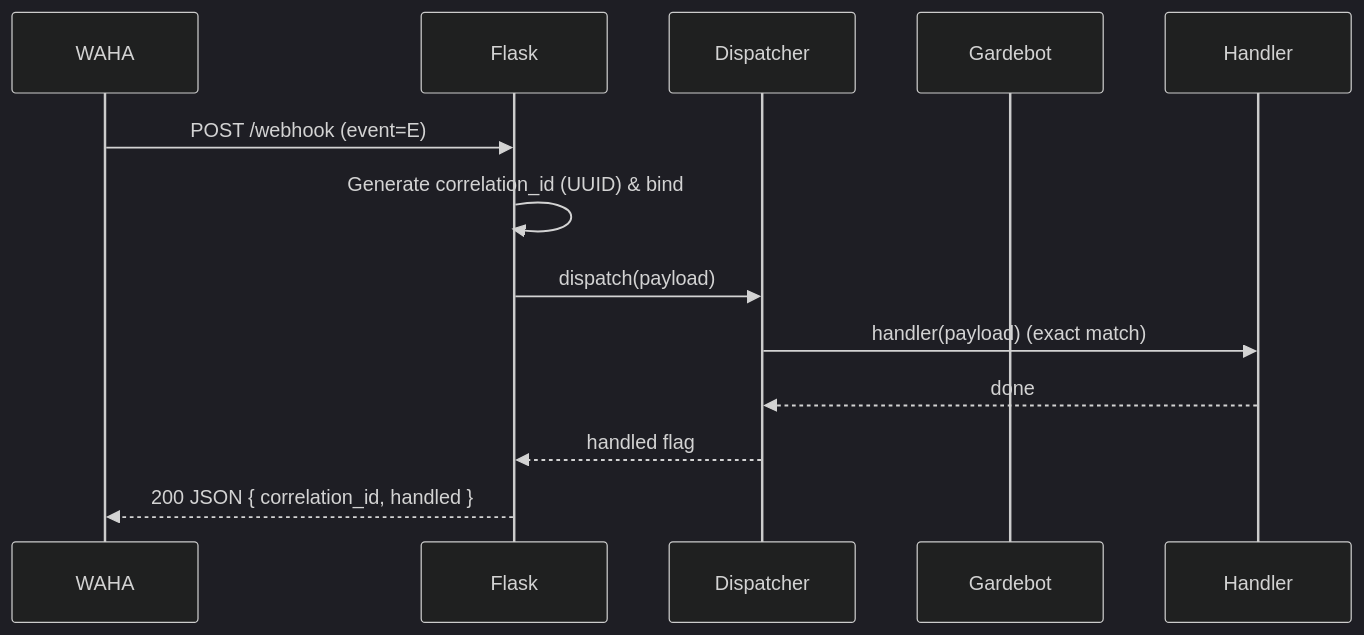
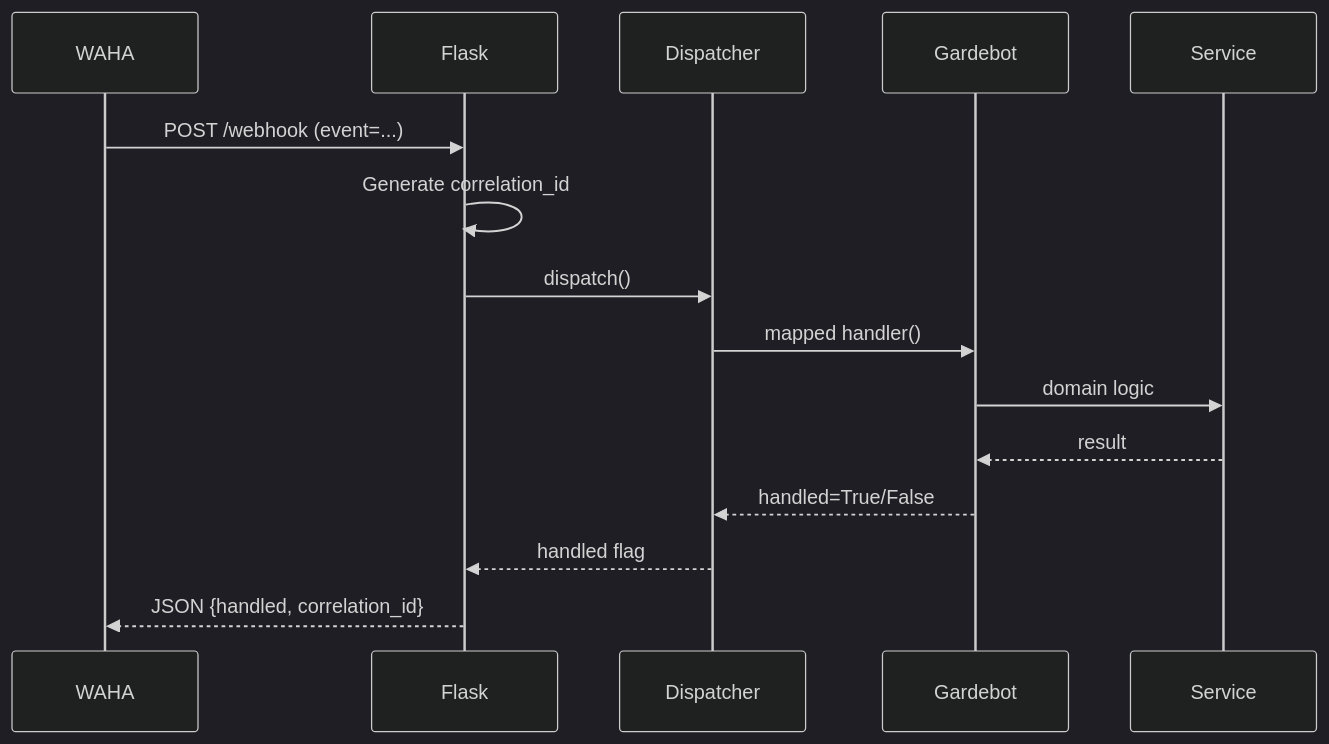
The second of 3 diagrams in README.md (Gardebot/Gardebot), drawn with Mermaid (dark theme) before and after one commit. The commit also changed other lines of this file, not shown here.

````diff
--- a/README.md
+++ b/README.md
@@ -46,15 +35,17 @@
 ```mermaid
 sequenceDiagram
     participant WAHA
     participant Flask
     participant Dispatcher
     participant Gardebot
-    participant Handler
-    WAHA->>Flask: POST /webhook (event=E)
-    Flask->>Flask: Generate correlation_id (UUID) & bind
-    Flask->>Dispatcher: dispatch(payload)
-    Dispatcher->>Handler: handler(payload) (exact match)
-    Handler-->>Dispatcher: done
+    participant Service
+    WAHA->>Flask: POST /webhook (event=...)
+    Flask->>Flask: Generate correlation_id
+    Flask->>Dispatcher: dispatch()
+    Dispatcher->>Gardebot: mapped handler()
+    Gardebot->>Service: domain logic
+    Service-->>Gardebot: result
+    Gardebot-->>Dispatcher: handled=True/False
     Dispatcher-->>Flask: handled flag
-    Flask-->>WAHA: 200 JSON { correlation_id, handled }
+    Flask-->>WAHA: JSON {handled, correlation_id}
 ```
````
